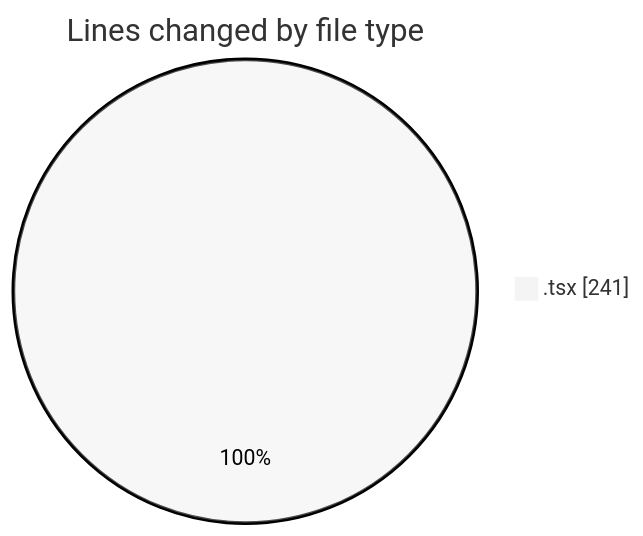
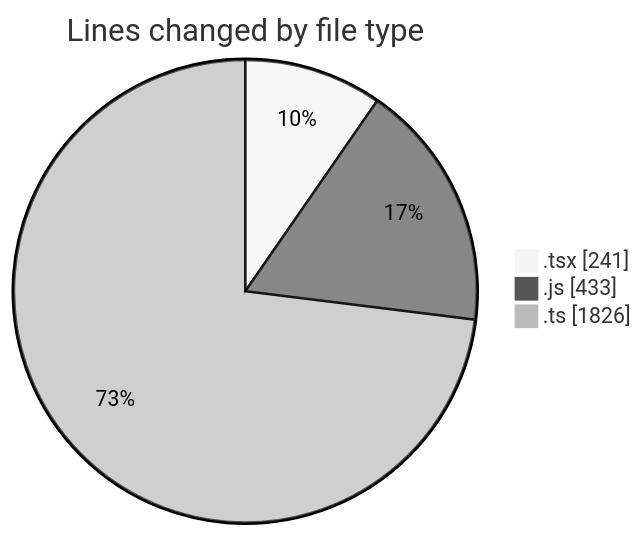
Before and after one commit to momahboobian/code-tracking: the first of 2 diagrams in 2026-08-17/cda/README.md, drawn with Mermaid (neutral theme). The commit also changed other lines of this file and 1 other file, not shown here.

````diff
--- a/2026-08-17/cda/README.md
+++ b/2026-08-17/cda/README.md
@@ -21,5 +26,7 @@
 ```mermaid
 pie showData
 title Lines changed by file type
 ".tsx" : 241
+".js" : 433
+".ts" : 1826
 ```
````
